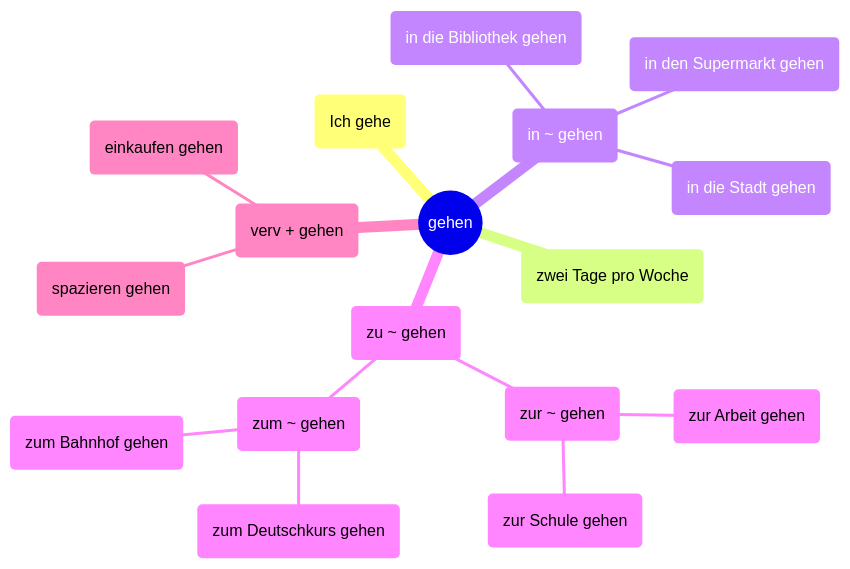
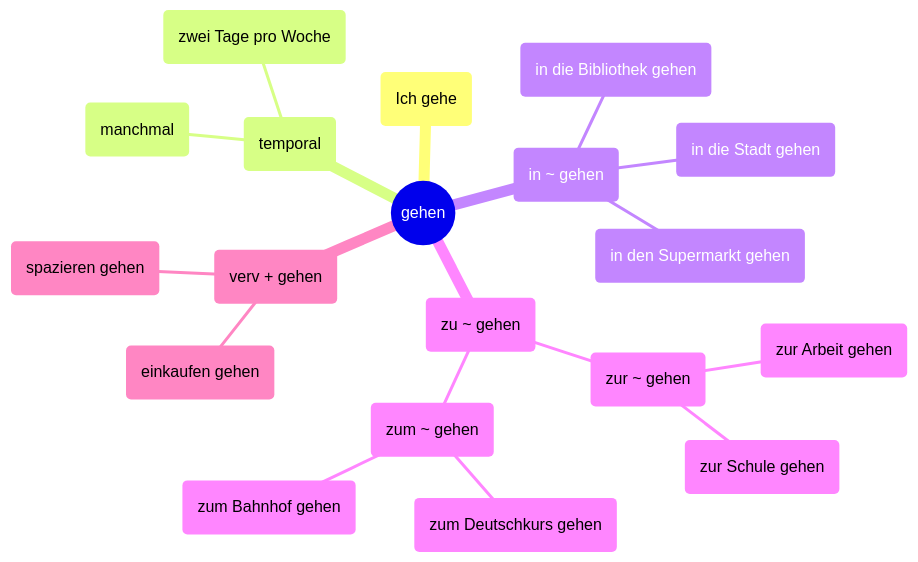
Before and after one commit to hyonsoku/mindmap: the sixth of 6 diagrams in Dutesch/deutsch.md, drawn with Mermaid. The commit also changed other lines of this file, not shown here.

````diff
--- a/Dutesch/deutsch.md
+++ b/Dutesch/deutsch.md
@@ -83,20 +85,22 @@
 ```mermaid
 mindmap
     root((gehen))
         (Ich gehe)
-        (zwei Tage pro Woche)
+        (temporal)
+            (manchmal)
+            (zwei Tage pro Woche)
         (in ~ gehen)
             (in den Supermarkt gehen)
             (in die Bibliothek gehen)
             (in die Stadt gehen)
         (zu ~ gehen)
             (zur ~ gehen)
                 (zur Arbeit gehen)
                 (zur Schule gehen)
             (zum ~ gehen)
                 (zum Deutschkurs gehen)
                 (zum Bahnhof gehen)
         (verv + gehen)
             (einkaufen gehen)
             (spazieren gehen)
 ```
````
